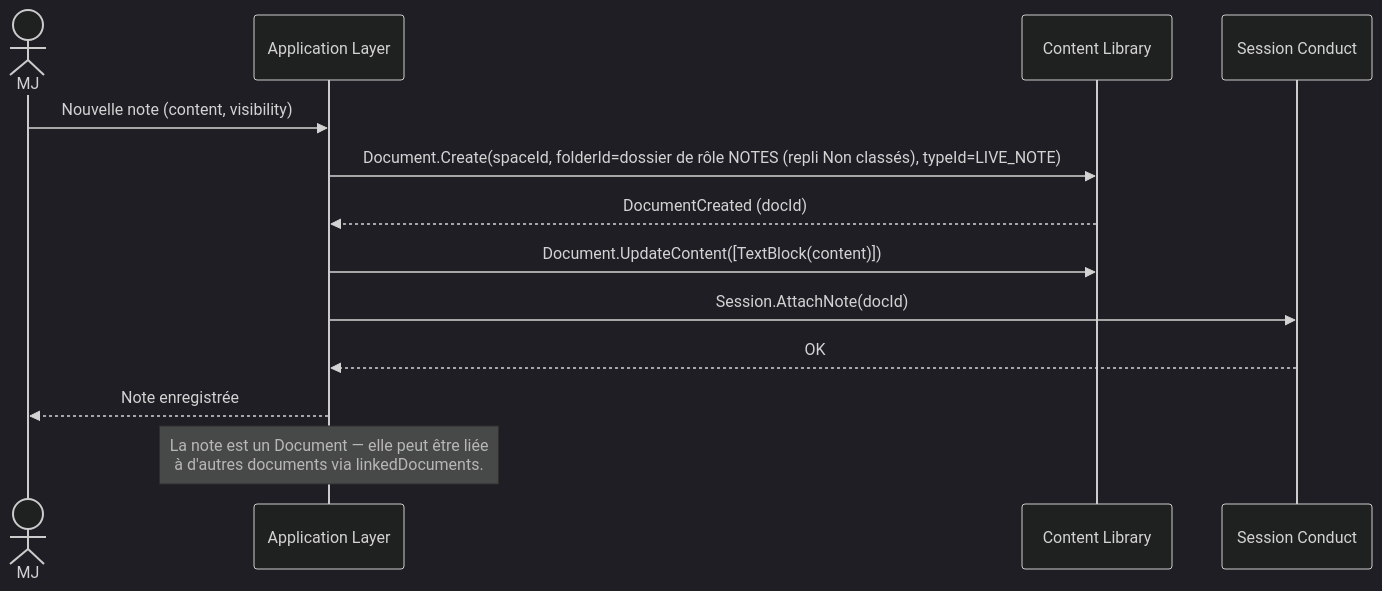
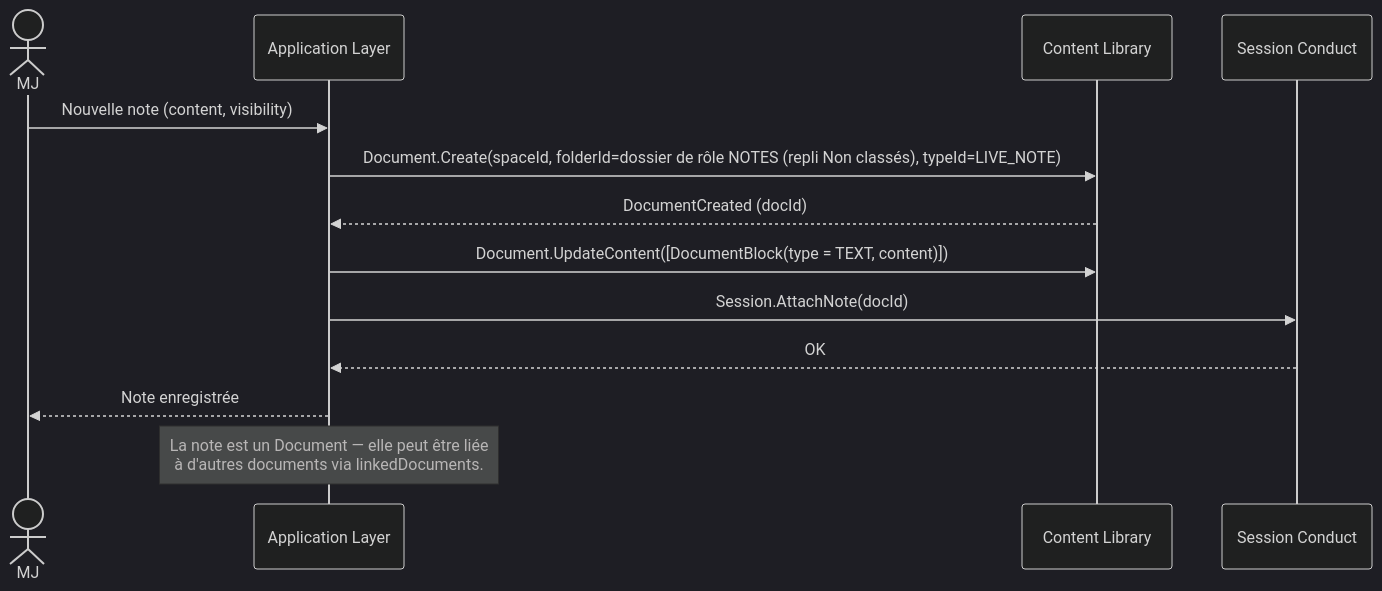
The sixth of 9 diagrams in docs/domaine/session-conduct/flows.md (2025-10-CDA-ECO-P6/PM-micro-saas), drawn with Mermaid (dark theme) before and after one commit. The commit also changed other lines of this file and 3 other files, not shown here.

````diff
--- a/docs/domaine/session-conduct/flows.md
+++ b/docs/domaine/session-conduct/flows.md
@@ -94,16 +101,16 @@
 ```mermaid
 sequenceDiagram
     actor MJ
     participant App as Application Layer
     participant CL as Content Library
     participant SC as Session Conduct
 
     MJ->>App: Nouvelle note (content, visibility)
     App->>CL: Document.Create(spaceId, folderId=dossier de rôle NOTES (repli Non classés), typeId=LIVE_NOTE)
     CL-->>App: DocumentCreated (docId)
-    App->>CL: Document.UpdateContent([TextBlock(content)])
+    App->>CL: Document.UpdateContent([DocumentBlock(type = TEXT, content)])
     App->>SC: Session.AttachNote(docId)
     SC-->>App: OK
     App-->>MJ: Note enregistrée
     Note over App: La note est un Document — elle peut être liée<br/>à d'autres documents via linkedDocuments.
 ```
````
